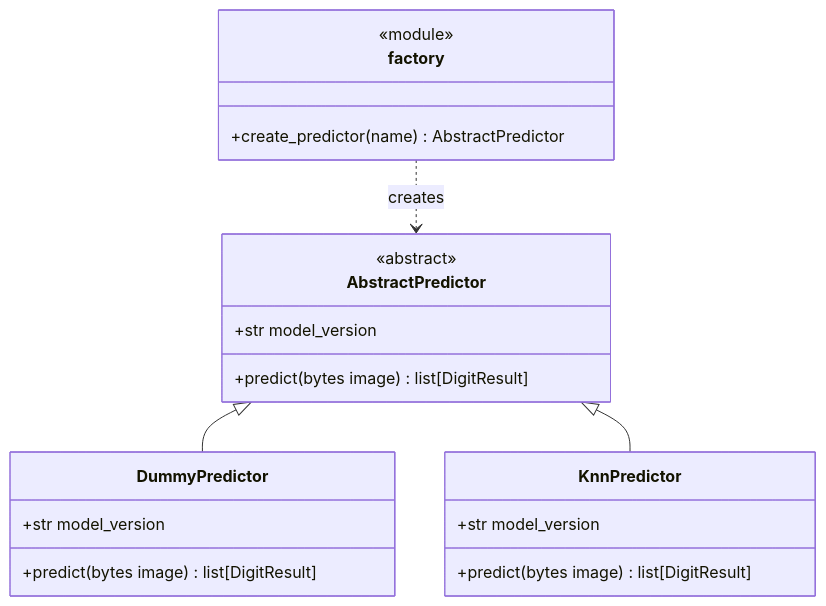
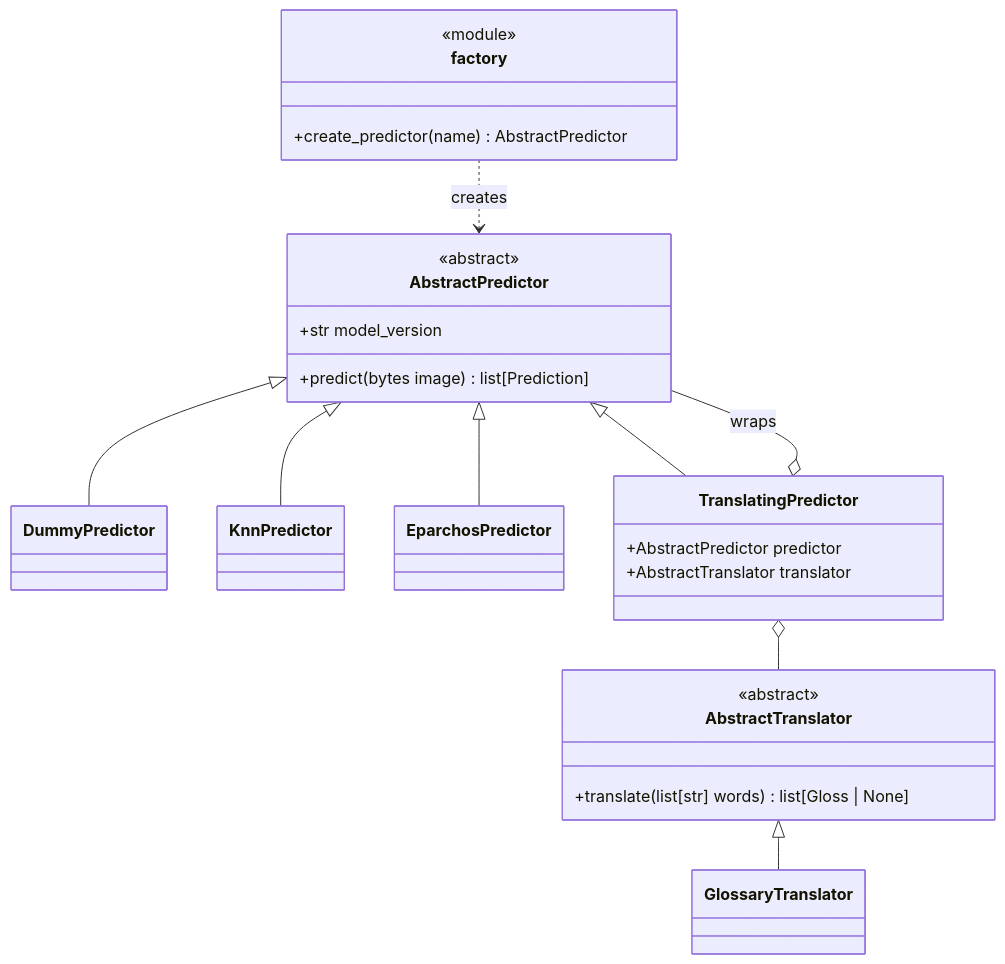
One commit to muhammadov-q/team4 changed the diagram in docs/architecture/design-patterns.md. Above: the diagram before and after it, drawn with Mermaid. The commit also changed other lines of this file and 17 other files, not shown here.

````diff
--- a/docs/architecture/design-patterns.md
+++ b/docs/architecture/design-patterns.md
@@ -20,23 +22,32 @@
 ```mermaid
 classDiagram
     class AbstractPredictor {
         <<abstract>>
         +str model_version
-        +predict(bytes image) list[DigitResult]
+        +predict(bytes image) list[Prediction]
     }
-    class DummyPredictor {
-        +str model_version
-        +predict(bytes image) list[DigitResult]
+    class DummyPredictor
+    class KnnPredictor
+    class EparchosPredictor
+    class TranslatingPredictor {
+        +AbstractPredictor predictor
+        +AbstractTranslator translator
     }
-    class KnnPredictor {
-	    +str model_version
-	    +predict(bytes image) list[DigitResult]
+    class AbstractTranslator {
+        <<abstract>>
+        +translate(list[str] words) list[Gloss | None]
     }
+    class GlossaryTranslator
     class factory {
         <<module>>
         +create_predictor(name) AbstractPredictor
     }
     AbstractPredictor <|-- DummyPredictor
     AbstractPredictor <|-- KnnPredictor
+    AbstractPredictor <|-- EparchosPredictor
+    AbstractPredictor <|-- TranslatingPredictor
+    TranslatingPredictor o-- AbstractPredictor : wraps
+    TranslatingPredictor o-- AbstractTranslator
+    AbstractTranslator <|-- GlossaryTranslator
     factory ..> AbstractPredictor : creates
 ```
````
